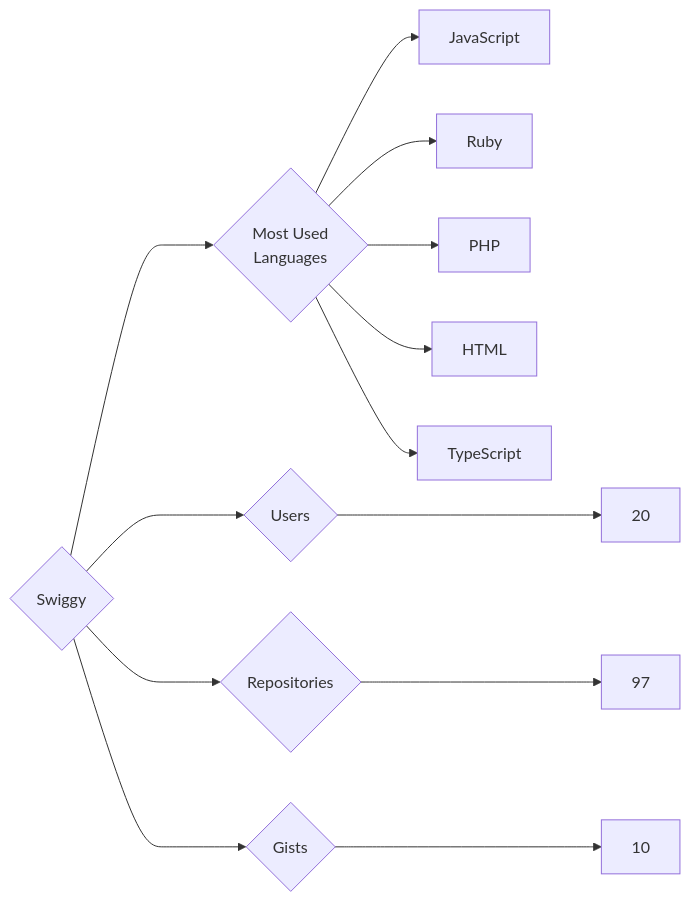
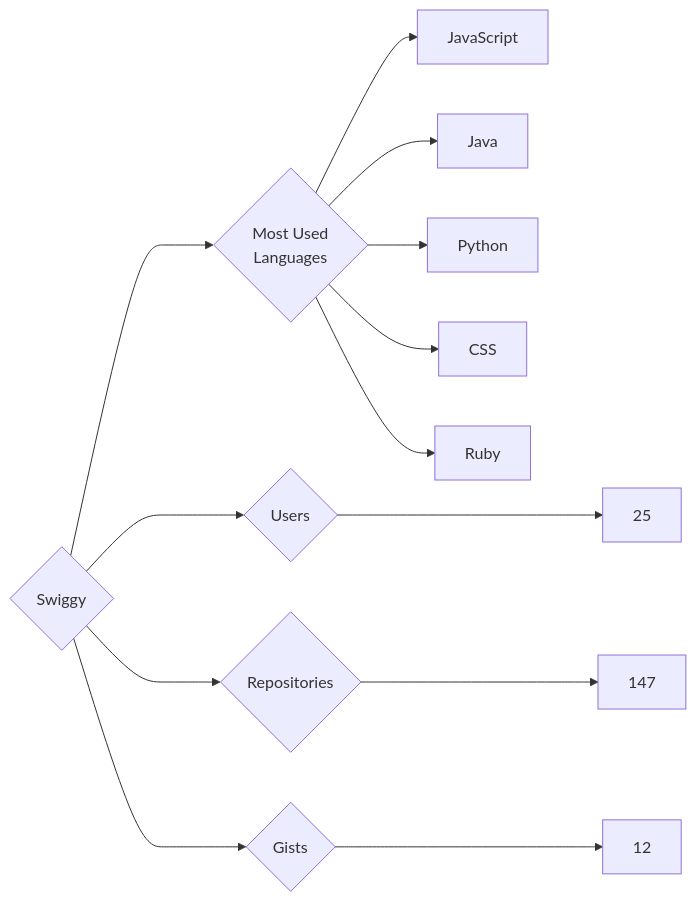
The diagram in targets/Swiggy/README.md (trickest/insiders), drawn with Mermaid before and after one commit. The commit also changed 829 other files, not shown here.

````diff
--- a/targets/Swiggy/README.md
+++ b/targets/Swiggy/README.md
@@ -3,13 +3,13 @@
 ```mermaid
 graph LR
 COMPANY_NAME{Swiggy}
-COMPANY_NAME ---> U{Users} ---> UN[20]
-COMPANY_NAME ---> R{Repositories} ---> RN[97]
-COMPANY_NAME ---> G{Gists} ---> GN[10]
+COMPANY_NAME ---> U{Users} ---> UN[25]
+COMPANY_NAME ---> R{Repositories} ---> RN[147]
+COMPANY_NAME ---> G{Gists} ---> GN[12]
 COMPANY_NAME ---> ML{Most Used<br>Languages}
 ML --> JavaScript[JavaScript]
+ML --> Java[Java]
+ML --> Python[Python]
+ML --> CSS[CSS]
 ML --> Ruby[Ruby]
-ML --> PHP[PHP]
-ML --> HTML[HTML]
-ML --> TypeScript[TypeScript]
 ```
````
